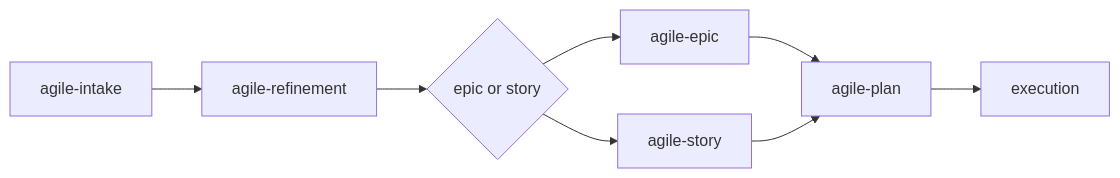
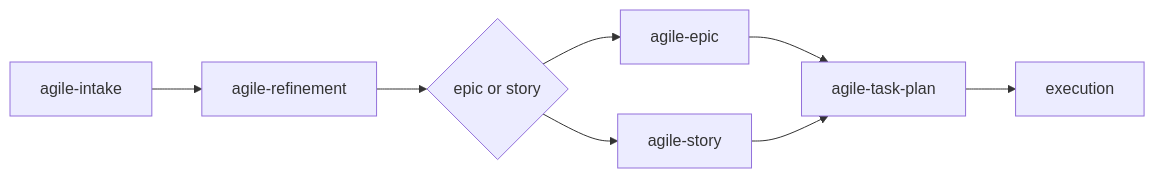
One commit to djalmajr/essential-skills changed the diagram in skills/agile-refinement/README.md. Above: the diagram before and after it, drawn with Mermaid. The commit also changed other lines of this file and 29 other files, not shown here.

First line of the commit message:
Rename agile-plan to agile-task-plan, remove all sizing codes

````diff
--- a/skills/agile-refinement/README.md
+++ b/skills/agile-refinement/README.md
@@ -63,10 +63,10 @@
 ```mermaid
 flowchart LR
     A[agile-intake] --> B[agile-refinement]
     B --> C{epic or story}
     C --> D[agile-epic]
     C --> E[agile-story]
-    D --> F[agile-plan]
+    D --> F[agile-task-plan]
     E --> F
     F --> G[execution]
 ```
````
